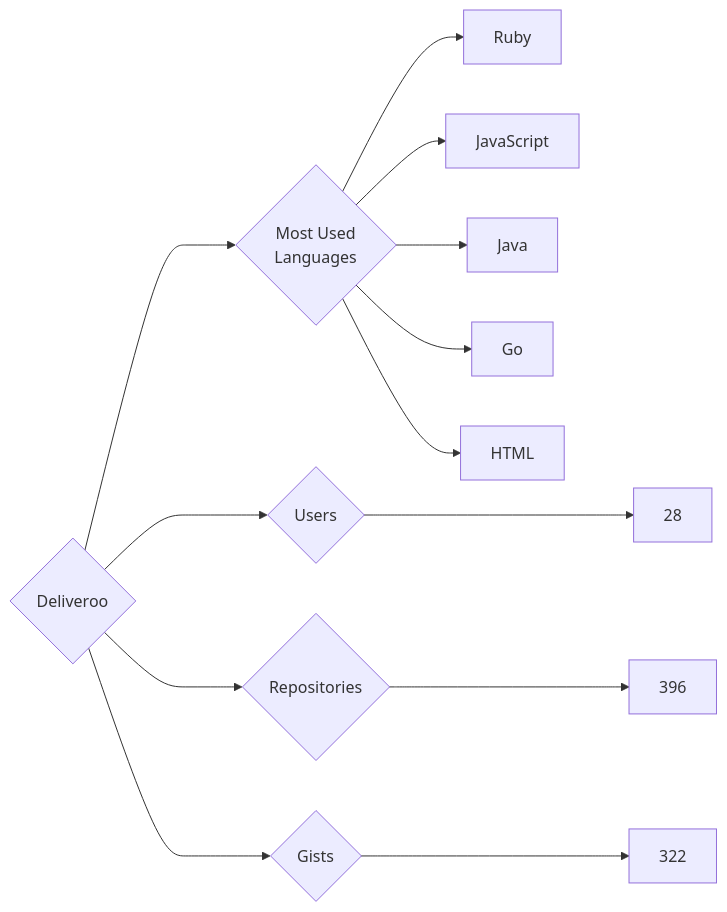
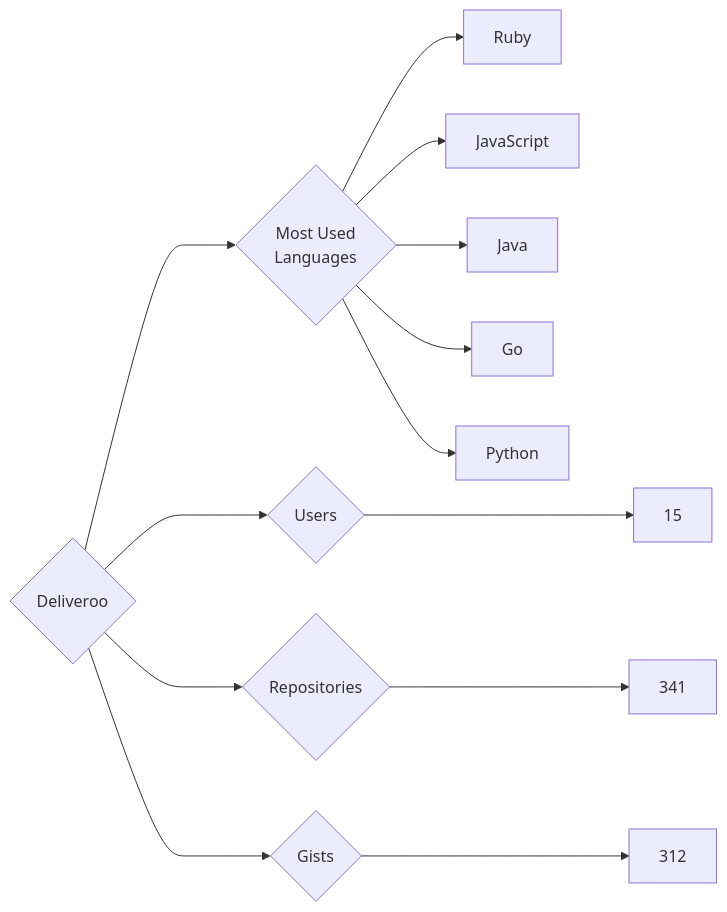
One commit to trickest/insiders changed the diagram in targets/Deliveroo/README.md. Above: the diagram before and after it, drawn with Mermaid. The commit also changed 688 other files, not shown here.

````diff
--- a/targets/Deliveroo/README.md
+++ b/targets/Deliveroo/README.md
@@ -3,13 +3,13 @@
 ```mermaid
 graph LR
 COMPANY_NAME{Deliveroo}
-COMPANY_NAME ---> U{Users} ---> UN[28]
-COMPANY_NAME ---> R{Repositories} ---> RN[396]
-COMPANY_NAME ---> G{Gists} ---> GN[322]
+COMPANY_NAME ---> U{Users} ---> UN[15]
+COMPANY_NAME ---> R{Repositories} ---> RN[341]
+COMPANY_NAME ---> G{Gists} ---> GN[312]
 COMPANY_NAME ---> ML{Most Used<br>Languages}
 ML --> Ruby[Ruby]
 ML --> JavaScript[JavaScript]
 ML --> Java[Java]
 ML --> Go[Go]
-ML --> HTML[HTML]
+ML --> Python[Python]
 ```
````
